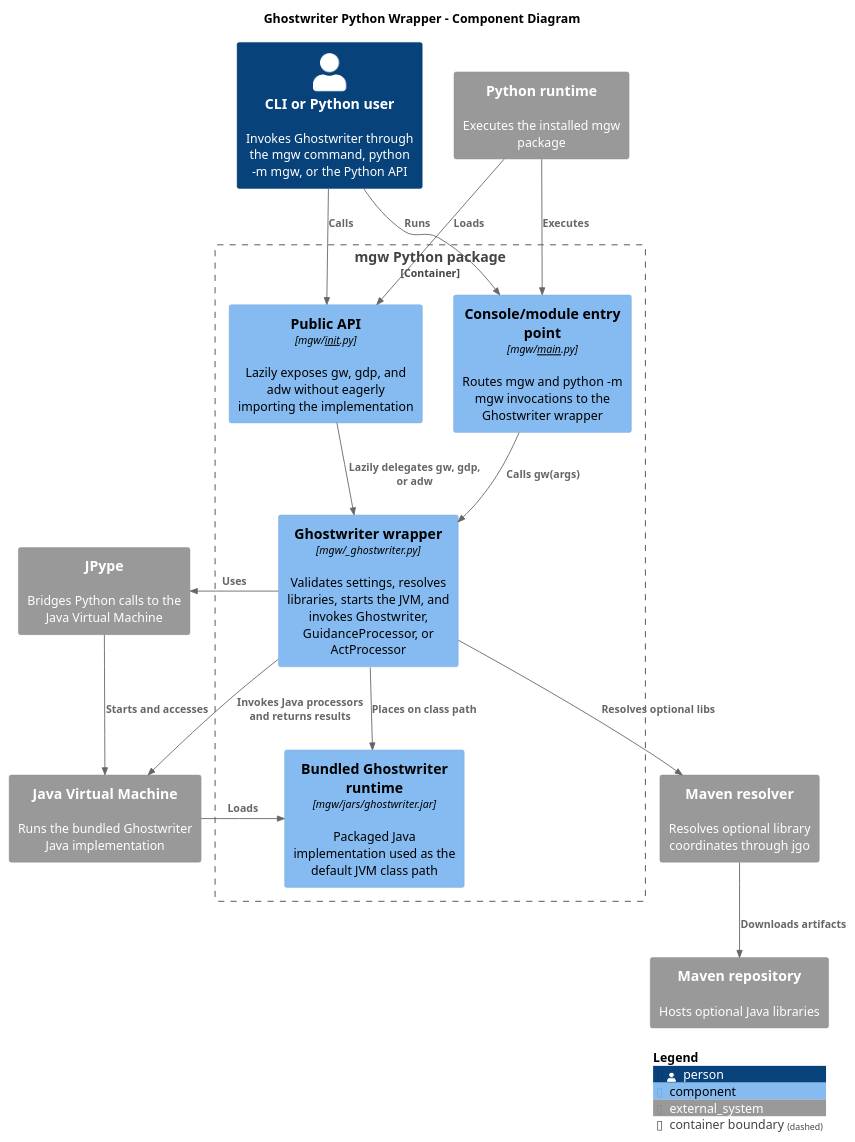
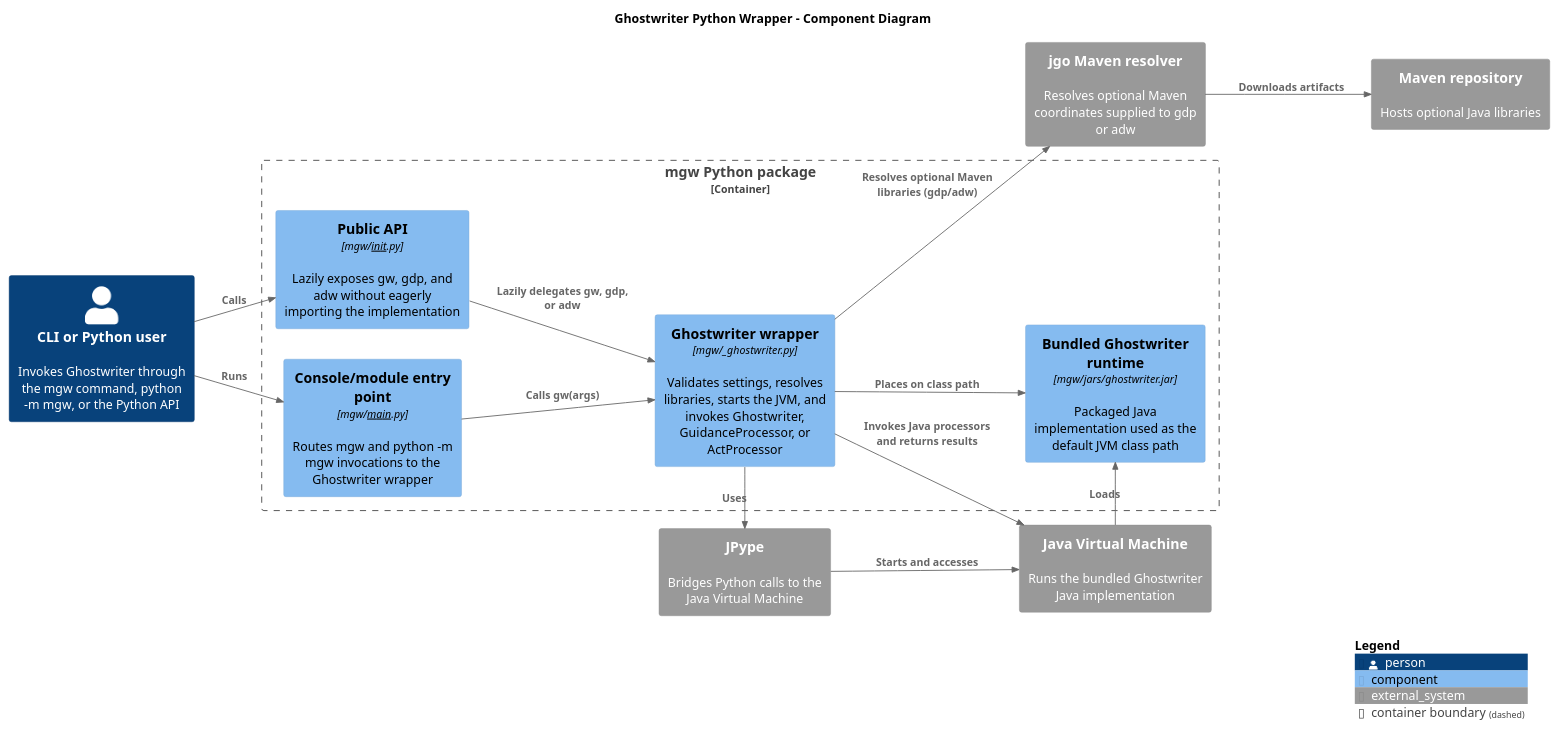
The diagram in src/site/puml/c4-diagram.puml (machanism-org/ghostwriter-py), drawn with PlantUML before and after one commit.

Commit message:
docs: clarify Python wrapper component diagram
The wrapper diagram now identifies jgo as the optional Maven coordinate resolver used by gdp and adw, and removes implied Python runtime internals from the package boundary.

```diff
--- a/src/site/puml/c4-diagram.puml
+++ b/src/site/puml/c4-diagram.puml
@@ -11,36 +11,33 @@
 @startuml c4-ghostwriter-python
 !include https://raw.githubusercontent.com/plantuml-stdlib/C4-PlantUML/master/C4_Component.puml
 
-LAYOUT_WITH_LEGEND()
+LAYOUT_LEFT_RIGHT()
 title Ghostwriter Python Wrapper - Component Diagram
 
 Person(cliUser, "CLI or Python user", "Invokes Ghostwriter through the mgw command, python -m mgw, or the Python API")
-System_Ext(pythonRuntime, "Python runtime", "Executes the installed mgw package")
 System_Ext(jpype, "JPype", "Bridges Python calls to the Java Virtual Machine")
 System_Ext(javaRuntime, "Java Virtual Machine", "Runs the bundled Ghostwriter Java implementation")
-System_Ext(mavenResolver, "Maven resolver", "Resolves optional library coordinates through jgo")
+System_Ext(mavenResolver, "jgo Maven resolver", "Resolves optional Maven coordinates supplied to gdp or adw")
 System_Ext(mavenRepository, "Maven repository", "Hosts optional Java libraries")
 
 Container_Boundary(mgwPackage, "mgw Python package") {
     Component(publicApi, "Public API", "mgw/__init__.py", "Lazily exposes gw, gdp, and adw without eagerly importing the implementation")
     Component(entryPoint, "Console/module entry point", "mgw/__main__.py", "Routes mgw and python -m mgw invocations to the Ghostwriter wrapper")
     Component(wrapper, "Ghostwriter wrapper", "mgw/_ghostwriter.py", "Validates settings, resolves libraries, starts the JVM, and invokes Ghostwriter, GuidanceProcessor, or ActProcessor")
     Component(runtimeJar, "Bundled Ghostwriter runtime", "mgw/jars/ghostwriter.jar", "Packaged Java implementation used as the default JVM class path")
 }
 
 Rel(cliUser, entryPoint, "Runs")
 Rel(cliUser, publicApi, "Calls")
-Rel(pythonRuntime, publicApi, "Loads")
-Rel(pythonRuntime, entryPoint, "Executes")
 Rel(entryPoint, wrapper, "Calls gw(args)")
 Rel(publicApi, wrapper, "Lazily delegates gw, gdp, or adw")
 Rel(wrapper, jpype, "Uses")
 Rel(jpype, javaRuntime, "Starts and accesses")
 Rel(wrapper, runtimeJar, "Places on class path")
-Rel(wrapper, mavenResolver, "Resolves optional libs")
+Rel(wrapper, mavenResolver, "Resolves optional Maven libraries (gdp/adw)")
 Rel(mavenResolver, mavenRepository, "Downloads artifacts")
 Rel(javaRuntime, runtimeJar, "Loads")
 Rel(wrapper, javaRuntime, "Invokes Java processors and returns results")
 
 SHOW_LEGEND()
 @enduml
```
